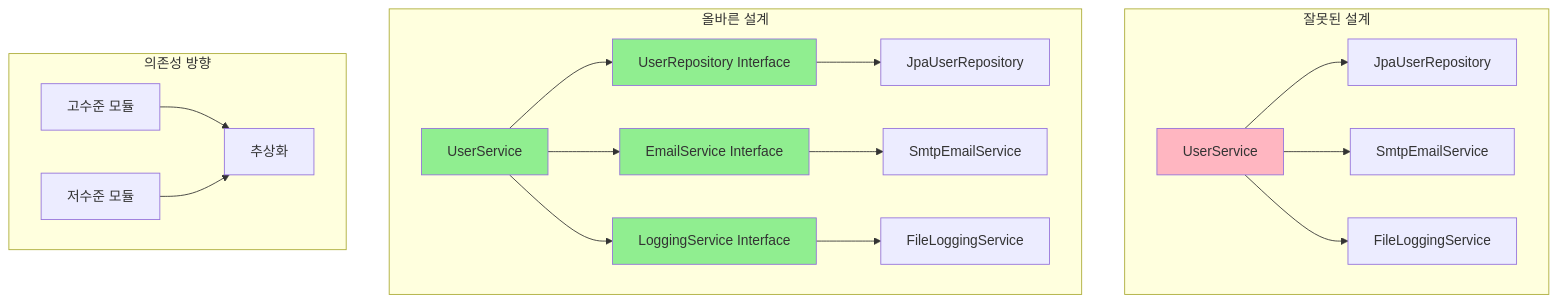
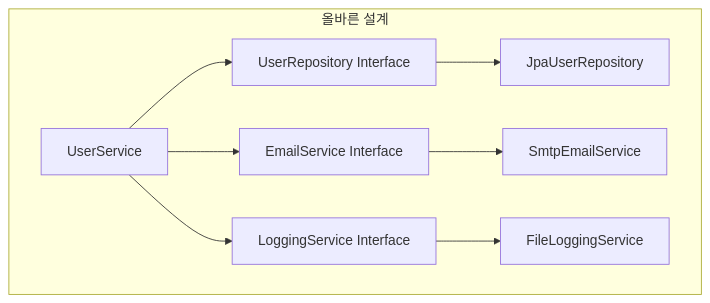
The fifth of 6 diagrams in 03.SOLID.md (schooldevops/interview-spring-java-kotlin), drawn with Mermaid before and after one commit.

Commit message:
add solid

````diff
--- a/03.SOLID.md
+++ b/03.SOLID.md
@@ -573,29 +581,12 @@
 ```mermaid
-graph TB
-    subgraph "잘못된 설계"
-        A[UserService] --> B[JpaUserRepository]
-        A --> C[SmtpEmailService]
-        A --> D[FileLoggingService]
-    end
-    
+graph TB    
     subgraph "올바른 설계"
         E[UserService] --> F[UserRepository Interface]
         E --> G[EmailService Interface]
         E --> H[LoggingService Interface]
         
         F --> I[JpaUserRepository]
         G --> J[SmtpEmailService]
         H --> K[FileLoggingService]
     end
-    
-    subgraph "의존성 방향"
-        L[고수준 모듈] --> M[추상화]
-        N[저수준 모듈] --> M
-    end
-    
-    style A fill:#FFB6C1
-    style E fill:#90EE90
-    style F fill:#90EE90
-    style G fill:#90EE90
-    style H fill:#90EE90
 ```
````
